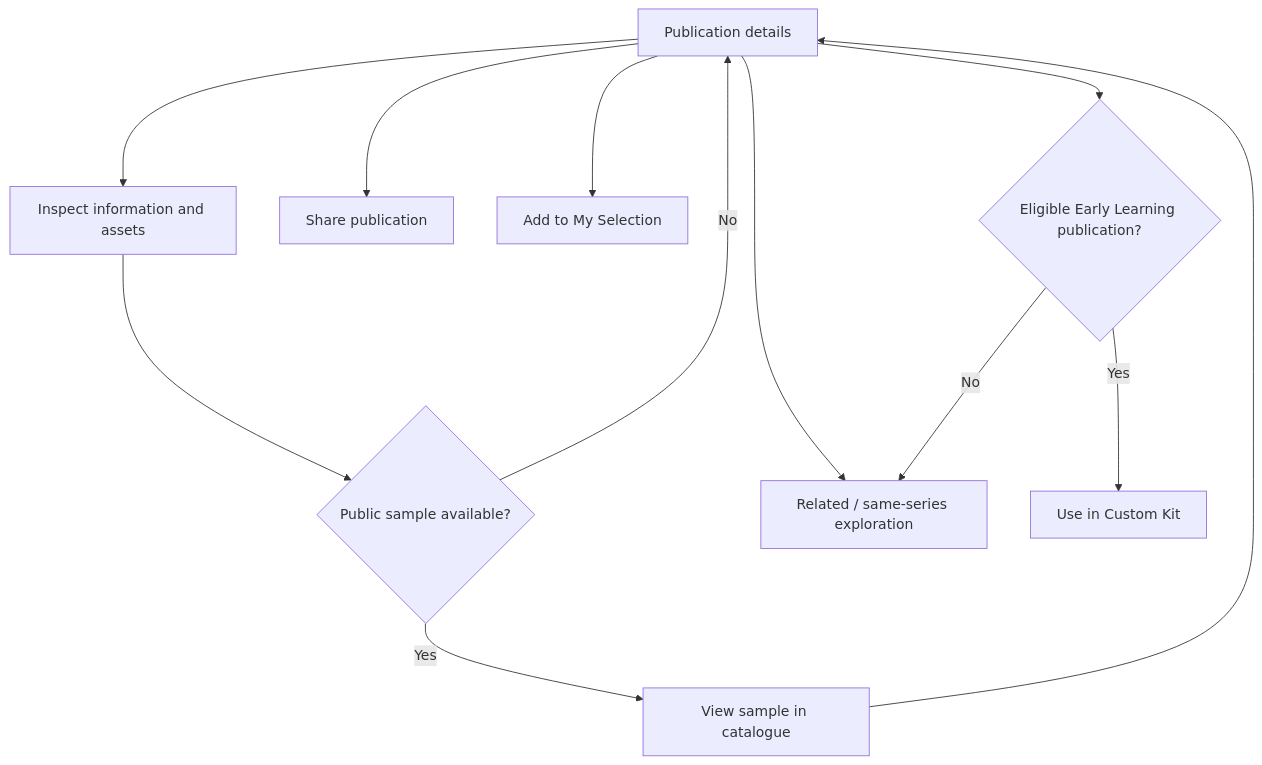
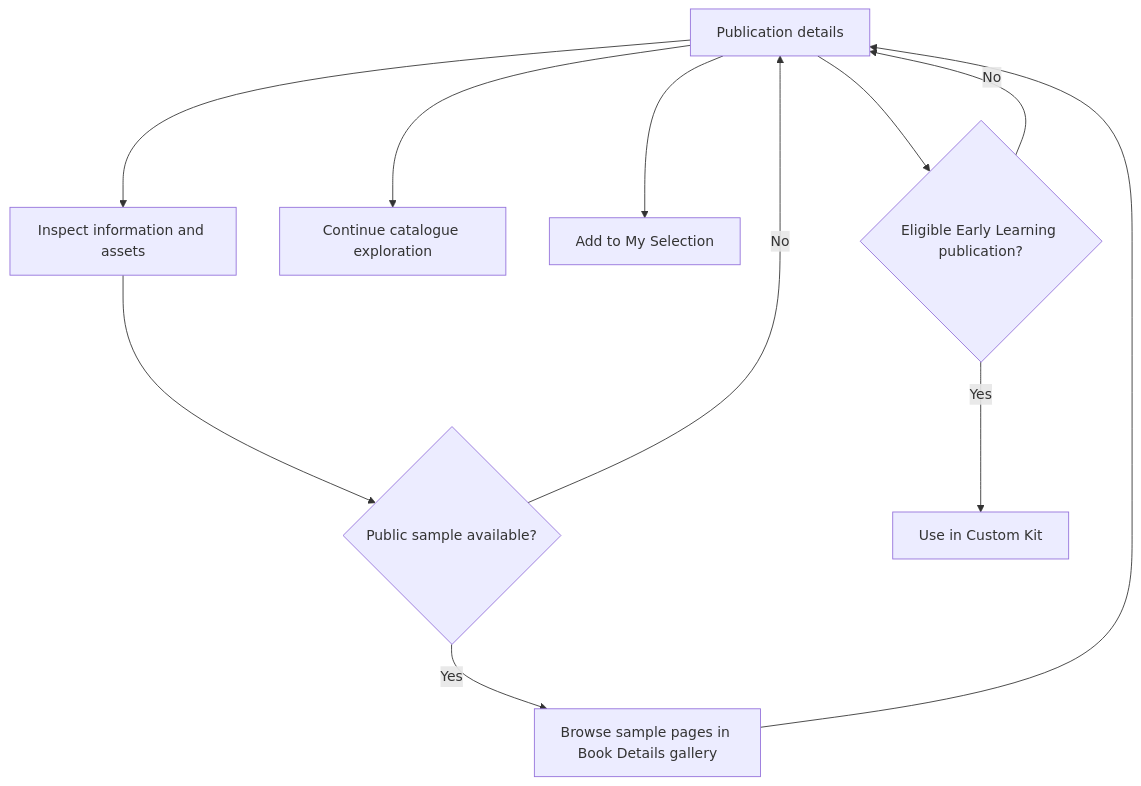
Before and after one commit to cpcbooks/digital-catalogue: the third of 6 diagrams in docs/03-user-flows.md, drawn with Mermaid. The commit also changed other lines of this file and 11 other files, not shown here.

````diff
--- a/docs/03-user-flows.md
+++ b/docs/03-user-flows.md
@@ -58,13 +60,12 @@
 ```mermaid
 flowchart TD
   P[Publication details] --> I[Inspect information and assets]
   I --> SA{Public sample available?}
-  SA -->|Yes| V[View sample in catalogue] --> P
+  SA -->|Yes| V[Browse sample pages in Book Details gallery] --> P
   SA -->|No| P
-  P --> SH[Share publication]
+  P --> SH[Continue catalogue exploration]
   P --> MS[Add to My Selection]
-  P --> R[Related / same-series exploration]
   P --> EL{Eligible Early Learning publication?}
   EL -->|Yes| CK[Use in Custom Kit]
-  EL -->|No| R
+  EL -->|No| P
 ```
````
